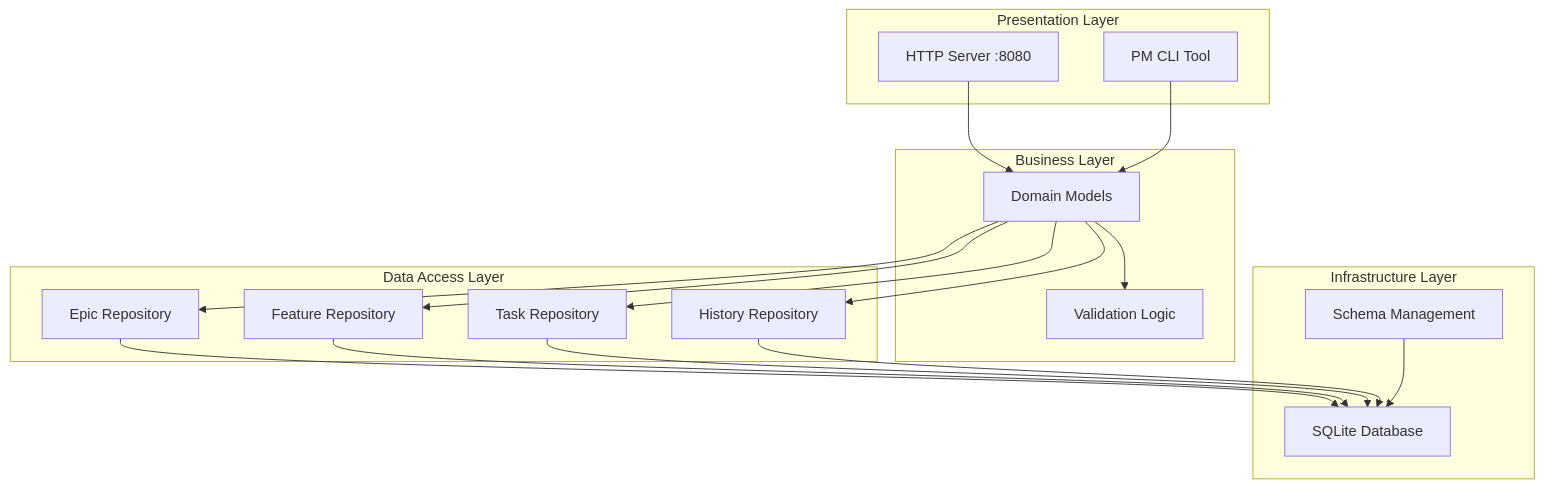
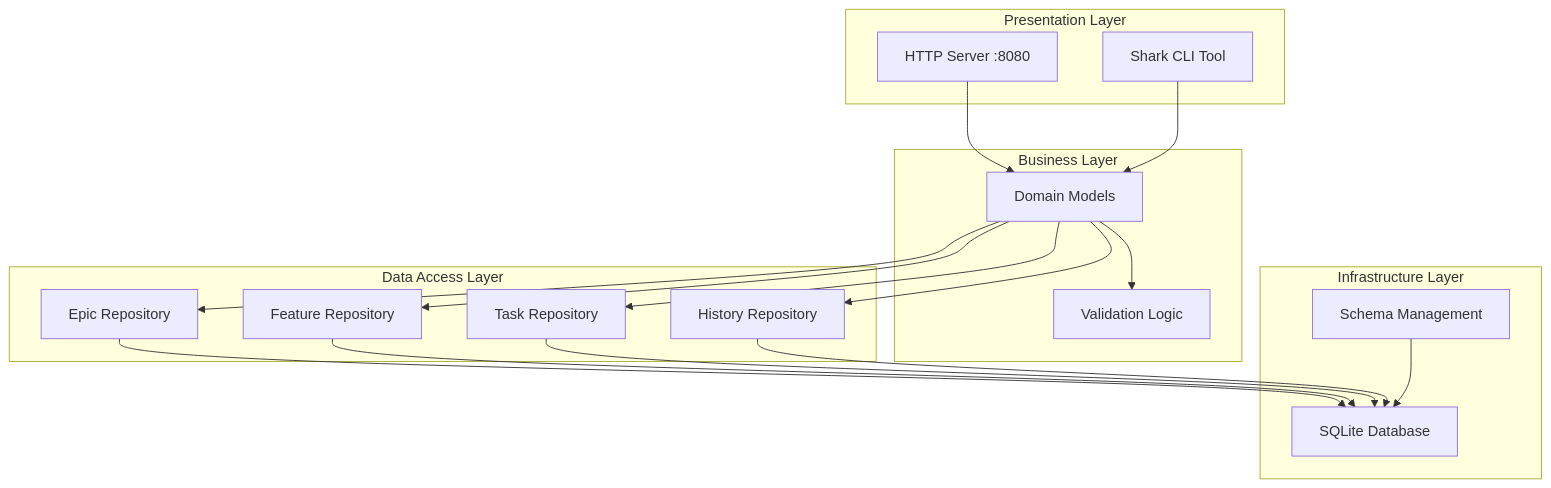
One commit to jwwelbor/shark-task-manager changed the first of 2 diagrams in docs/architecture/SYSTEM_DESIGN.md. Above: the diagram before and after it, drawn with Mermaid. The commit also changed other lines of this file and 129 other files, not shown here.

First line of the commit message:
Refactor PM CLI to Shark CLI

````diff
--- a/docs/architecture/SYSTEM_DESIGN.md
+++ b/docs/architecture/SYSTEM_DESIGN.md
@@ -55,37 +55,37 @@
 ```mermaid
 graph TB
     subgraph "Presentation Layer"
         HTTP[HTTP Server :8080]
-        CLI[PM CLI Tool]
+        CLI[Shark CLI Tool]
     end
 
     subgraph "Business Layer"
         Models[Domain Models]
         Validation[Validation Logic]
     end
 
     subgraph "Data Access Layer"
         EpicRepo[Epic Repository]
         FeatureRepo[Feature Repository]
         TaskRepo[Task Repository]
         HistoryRepo[History Repository]
     end
 
     subgraph "Infrastructure Layer"
         DB[SQLite Database]
         Schema[Schema Management]
     end
 
     HTTP --> Models
     CLI --> Models
     Models --> Validation
     Models --> EpicRepo
     Models --> FeatureRepo
     Models --> TaskRepo
     Models --> HistoryRepo
     EpicRepo --> DB
     FeatureRepo --> DB
     TaskRepo --> DB
     HistoryRepo --> DB
     Schema --> DB
 ```
````
